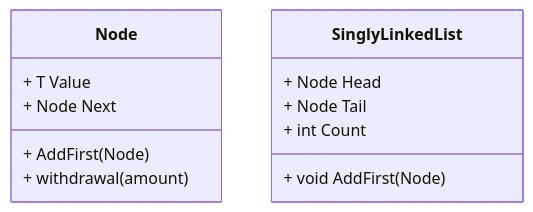
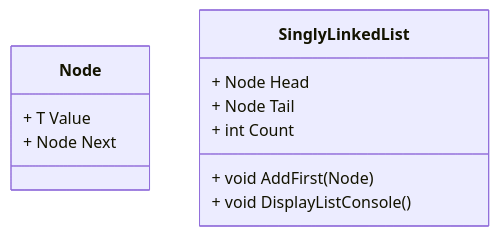
One commit to charlesdcrossley/ComputerScienceFundamentals changed the diagram in DataStructures/LinkedList/SinglyLinkedList.md. Above: the diagram before and after it, drawn with Mermaid. The commit also changed other lines of this file, not shown here.

````diff
--- a/DataStructures/LinkedList/SinglyLinkedList.md
+++ b/DataStructures/LinkedList/SinglyLinkedList.md
@@ -8,16 +8,15 @@
 ``` mermaid
 
 classDiagram
 class Node
 Node : + T Value
 Node : + Node Next
-Node : + AddFirst(Node)
-Node : + withdrawal(amount)
 
 class SinglyLinkedList
 SinglyLinkedList : + Node Head
 SinglyLinkedList : + Node Tail
 SinglyLinkedList : + int Count
 SinglyLinkedList : + void AddFirst(Node<T>)
+SinglyLinkedList : + void DisplayListConsole()
 
 ```
````
